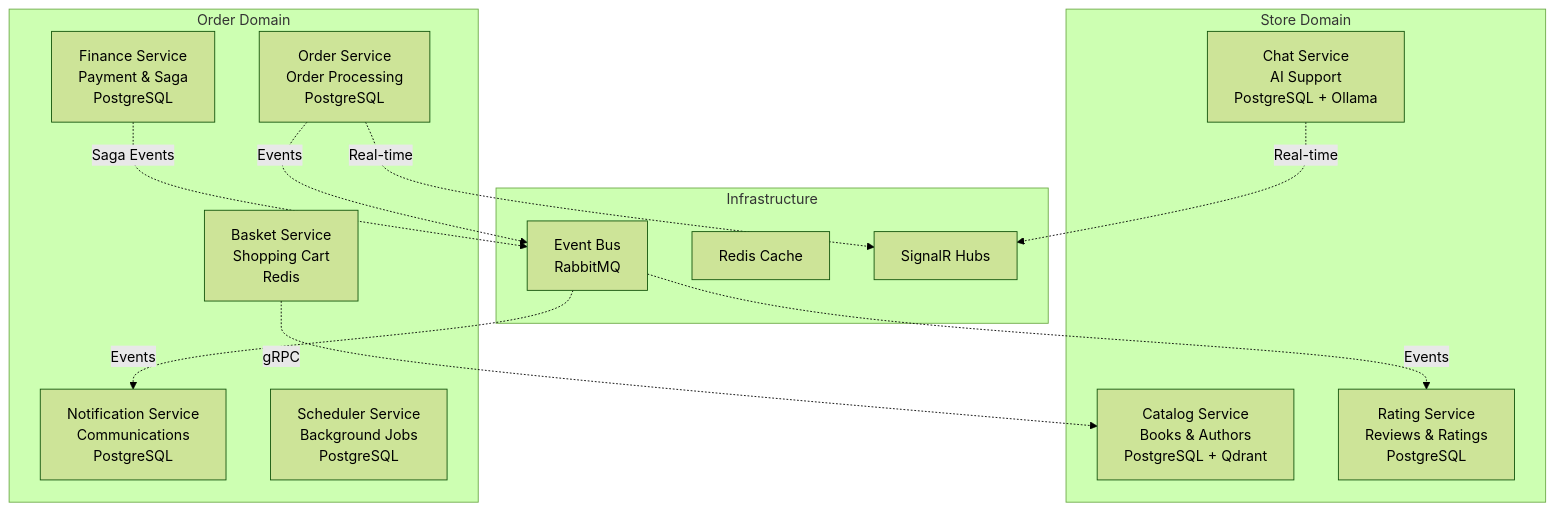
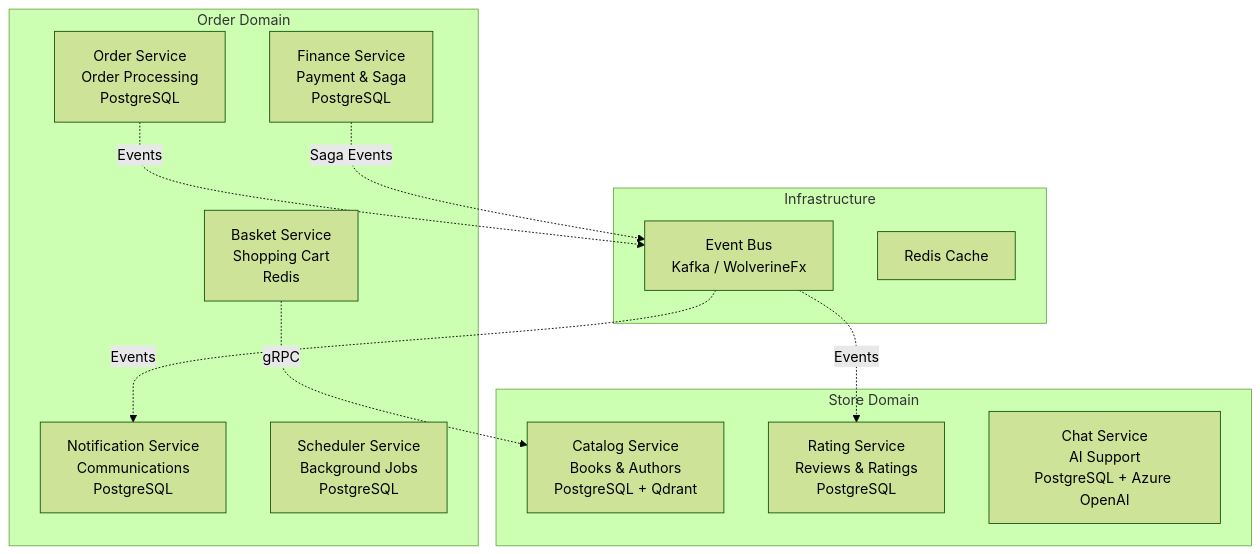
Before and after one commit to foxminchan/BookWorm: the diagram in docs/docusaurus/docs/09-architecture-decisions/adr-001-microservices-architecture.mdx, drawn with Mermaid (forest theme). The commit also changed other lines of this file and 65 other files, not shown here.

Commit message:
chore(docs): update architecture decision records (#1127)

````diff
--- a/docs/docusaurus/docs/09-architecture-decisions/adr-001-microservices-architecture.mdx
+++ b/docs/docusaurus/docs/09-architecture-decisions/adr-001-microservices-architecture.mdx
@@ -109,30 +110,27 @@
 ```mermaid
 graph TB
     subgraph "Store Domain"
         Catalog[Catalog Service<br/>Books & Authors<br/>PostgreSQL + Qdrant]
         Rating[Rating Service<br/>Reviews & Ratings<br/>PostgreSQL]
-        Chat[Chat Service<br/>AI Support<br/>PostgreSQL + Ollama]
+        Chat[Chat Service<br/>AI Support<br/>PostgreSQL + Azure OpenAI]
     end
 
     subgraph "Order Domain"
         Basket[Basket Service<br/>Shopping Cart<br/>Redis]
         Order[Order Service<br/>Order Processing<br/>PostgreSQL]
         Finance[Finance Service<br/>Payment & Saga<br/>PostgreSQL]
         Notification[Notification Service<br/>Communications<br/>PostgreSQL]
         Scheduler[Scheduler Service<br/>Background Jobs<br/>PostgreSQL]
     end
 
     subgraph "Infrastructure"
-        EventBus[Event Bus<br/>RabbitMQ]
+        EventBus[Event Bus<br/>Kafka / WolverineFx]
         Cache[Redis Cache]
-        SignalR[SignalR Hubs]
     end
 
     Basket -.->|gRPC| Catalog
     Order -.->|Events| EventBus
     Finance -.->|Saga Events| EventBus
     EventBus -.->|Events| Notification
     EventBus -.->|Events| Rating
-    Chat -.->|Real-time| SignalR
-    Order -.->|Real-time| SignalR
 ```
````
